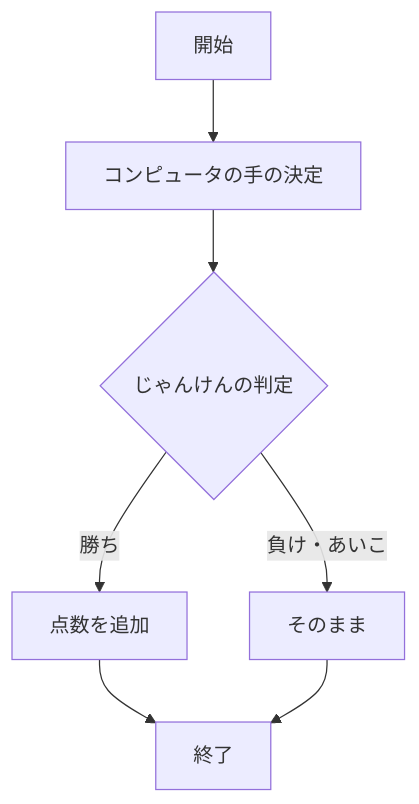
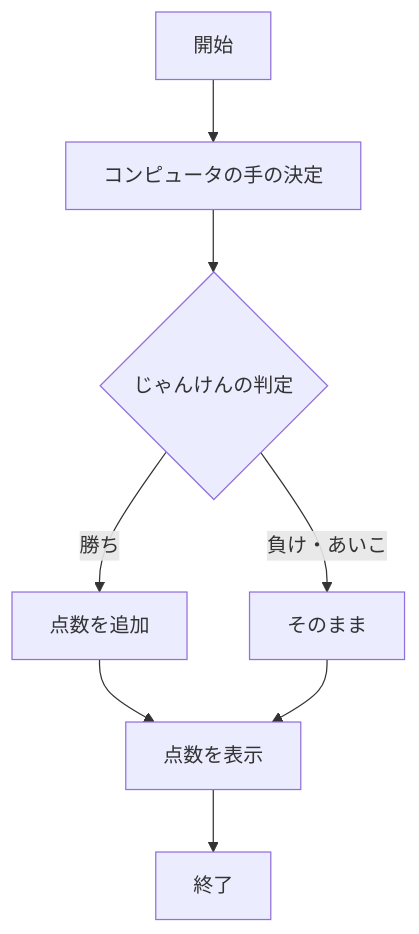
One commit to yuta0928/webpro_06 changed the diagram in README.md. Above: the diagram before and after it, drawn with Mermaid.

````diff
--- a/README.md
+++ b/README.md
@@ -60,17 +60,19 @@
 ```mermaid
 flowchart TD;
 
 start["開始"];
 end1["終了"]
 one["コンピュータの手の決定"]
 if{"じゃんけんの判定"}
 win["点数を追加"]
 loose["そのまま"]
+two["点数を表示"]
 
 start --> one
 one --> if
 if -->|勝ち| win
-win --> end1
+win --> two
 if -->|負け・あいこ| loose
-loose --> end1
+loose --> two
+two --> end1
 ```
````
